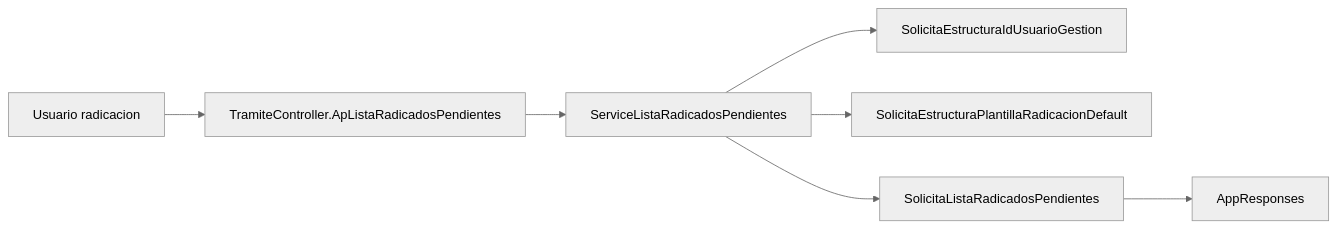
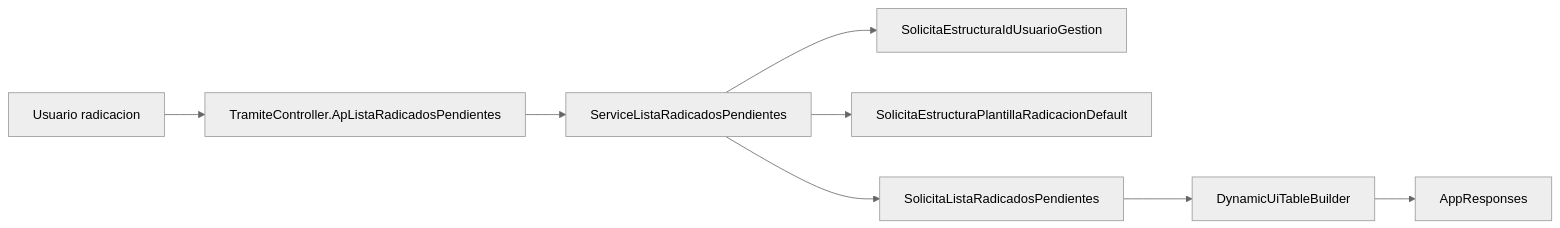
Before and after one commit to miguelurueta/DocuArchiCore: the first of 4 diagrams in Docs/Radicacion/Tramite/SCRUM-30-Diagramas.md, drawn with Mermaid (neutral theme). The commit also changed other lines of this file and 7 other files, not shown here.

Commit message:
test/docs: actualizar evidencia de radicados pendientes dynamic ui table

````diff
--- a/Docs/Radicacion/Tramite/SCRUM-30-Diagramas.md
+++ b/Docs/Radicacion/Tramite/SCRUM-30-Diagramas.md
@@ -5,9 +5,10 @@
 ```mermaid
 flowchart LR
     U[Usuario radicacion] --> C[TramiteController.ApListaRadicadosPendientes]
     C --> S[ServiceListaRadicadosPendientes]
     S --> UG[SolicitaEstructuraIdUsuarioGestion]
     S --> PL[SolicitaEstructuraPlantillaRadicacionDefault]
     S --> RP[SolicitaListaRadicadosPendientes]
-    RP --> R[AppResponses<ListaRadicadosPendientesDto>]
+    RP --> B[DynamicUiTableBuilder]
+    B --> R[AppResponses<DynamicUiTableDto>]
 ```
````
